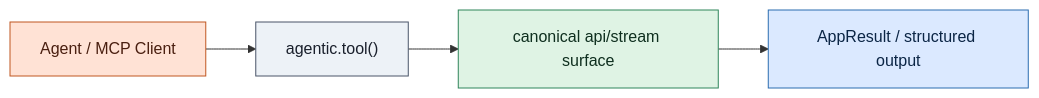
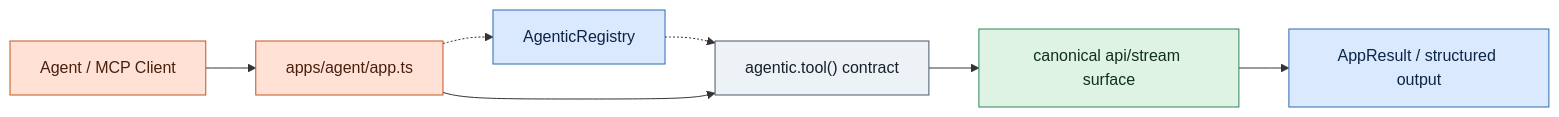
Before and after one commit to jhenriquedev/app-protocol: the fifth of 6 diagrams in docs/architecture.md, drawn with Mermaid. The commit also changed other lines of this file and 76 other files, not shown here.

````diff
--- a/docs/architecture.md
+++ b/docs/architecture.md
@@ -122,11 +122,14 @@
 ```mermaid
 flowchart LR
-  agent["Agent / MCP Client"]:::apps --> tool["agentic.tool()"]:::surface
+  agent["Agent / MCP Client"]:::apps --> host["apps/agent/app.ts"]:::apps
+  host -.-> registry["AgenticRegistry"]:::core
+  registry -.-> tool["agentic.tool() contract"]:::surface
+  host --> tool
   tool --> canonical["canonical api/stream surface"]:::cases
   canonical --> result["AppResult / structured output"]:::core
 
   classDef core fill:#dbe9ff,stroke:#2b6cb0,color:#0b2545;
   classDef cases fill:#dff3e4,stroke:#2f855a,color:#0f2f1f;
   classDef surface fill:#edf2f7,stroke:#4a5568,color:#1a202c;
   classDef apps fill:#ffe2d5,stroke:#c05621,color:#4a1f10;
 ```
````
